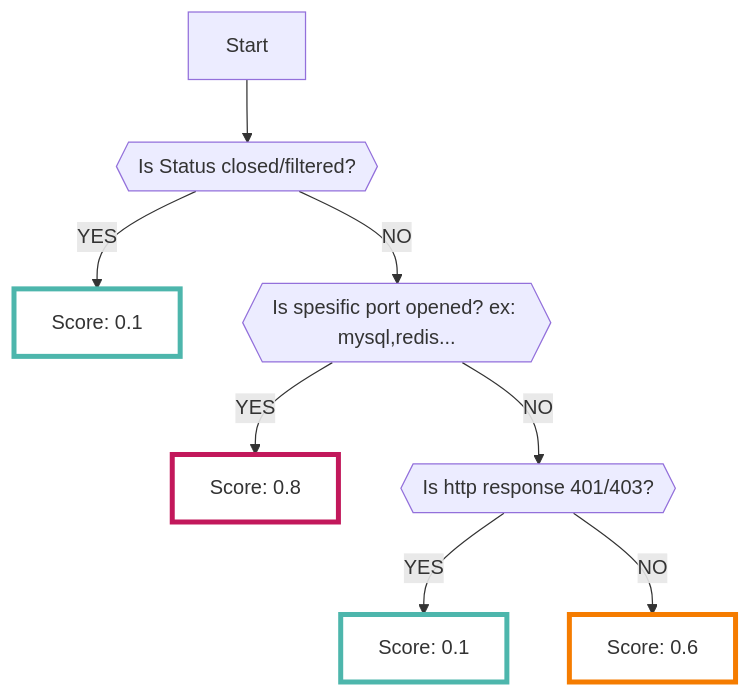
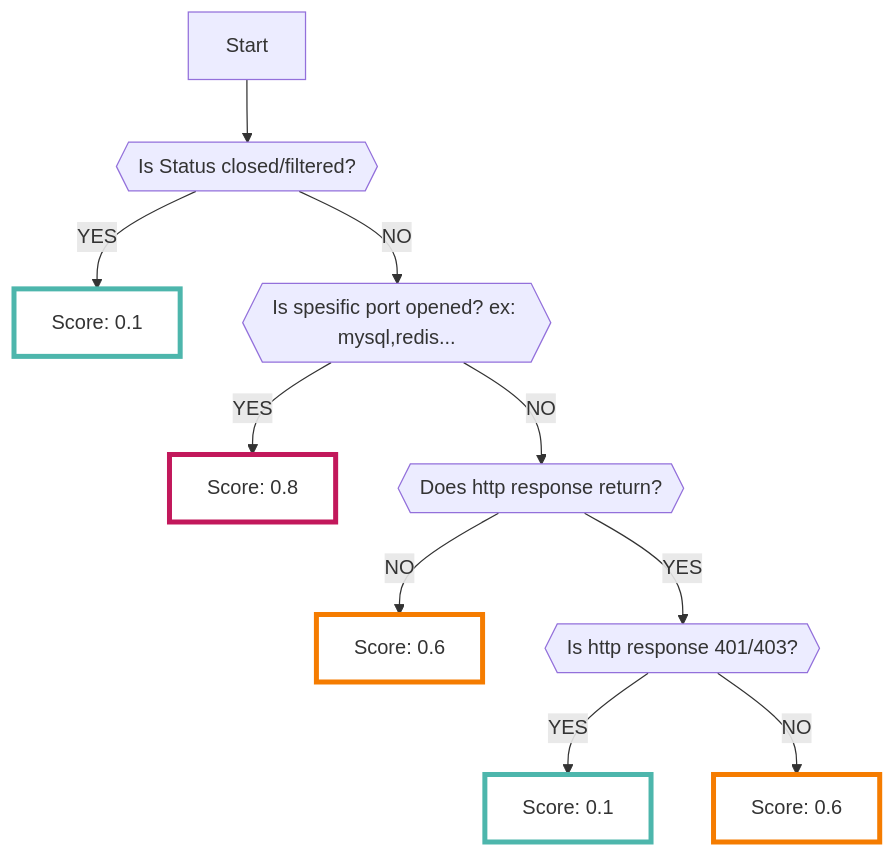
One commit to ca-risken/doc changed the diagram in docs/aws/portscan.md. Above: the diagram before and after it, drawn with Mermaid. The commit also changed other lines of this file and 2 other files, not shown here.

````diff
--- a/docs/aws/portscan.md
+++ b/docs/aws/portscan.md
@@ -21,13 +23,16 @@
 ```mermaid
 graph TD
     A[Start] --> B{{Is Status closed/filtered?}};
     B -->|YES| C[Score: 0.1]:::low;
     B -->|NO| D{{Is spesific port opened? ex: mysql,redis...}};
     D -->|YES| E[Score: 0.8]:::high;
-    D -->|NO| F{{Is http response 401/403?}};
-    F -->|YES| G[Score: 0.1]:::low;
-    F -->|NO| H[Score: 0.6]:::mid;
+    D -->|NO| F{{Does http response return?}};
+    F -->|NO| G[Score: 0.6]:::mid;
+    F -->|YES| H{{Is http response 401/403?}};
+    H -->|YES| I[Score: 0.1]:::low;
+    H -->|NO| J[Score: 0.6]:::mid;
+
     classDef high fill:#FFFFFF,stroke:#C2185B,stroke-width:4px;
     classDef mid fill:#FFFFFF,stroke:#F57C00,stroke-width:4px;
     classDef low fill:#FFFFFF,stroke:#4DB6AC,stroke-width:4px;
 ```
````
